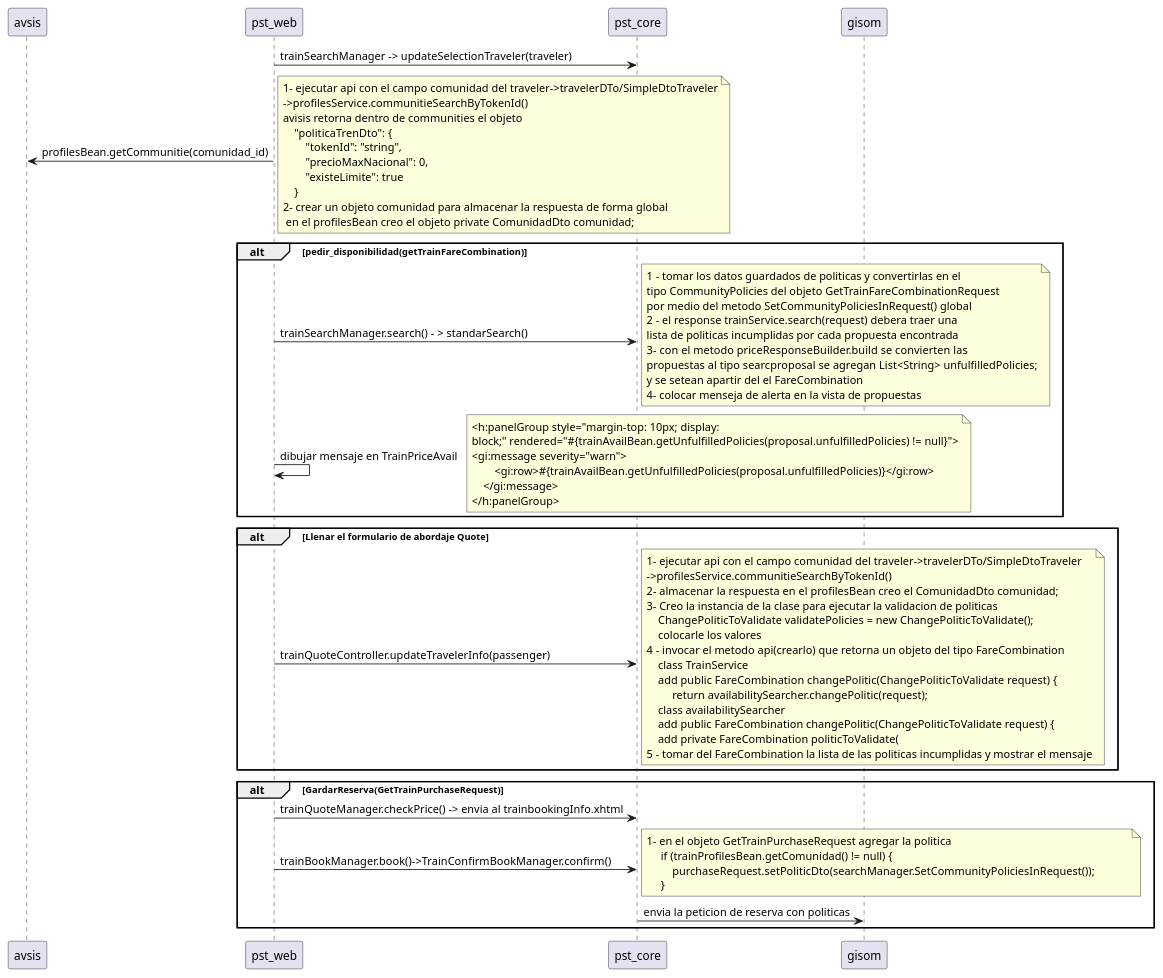
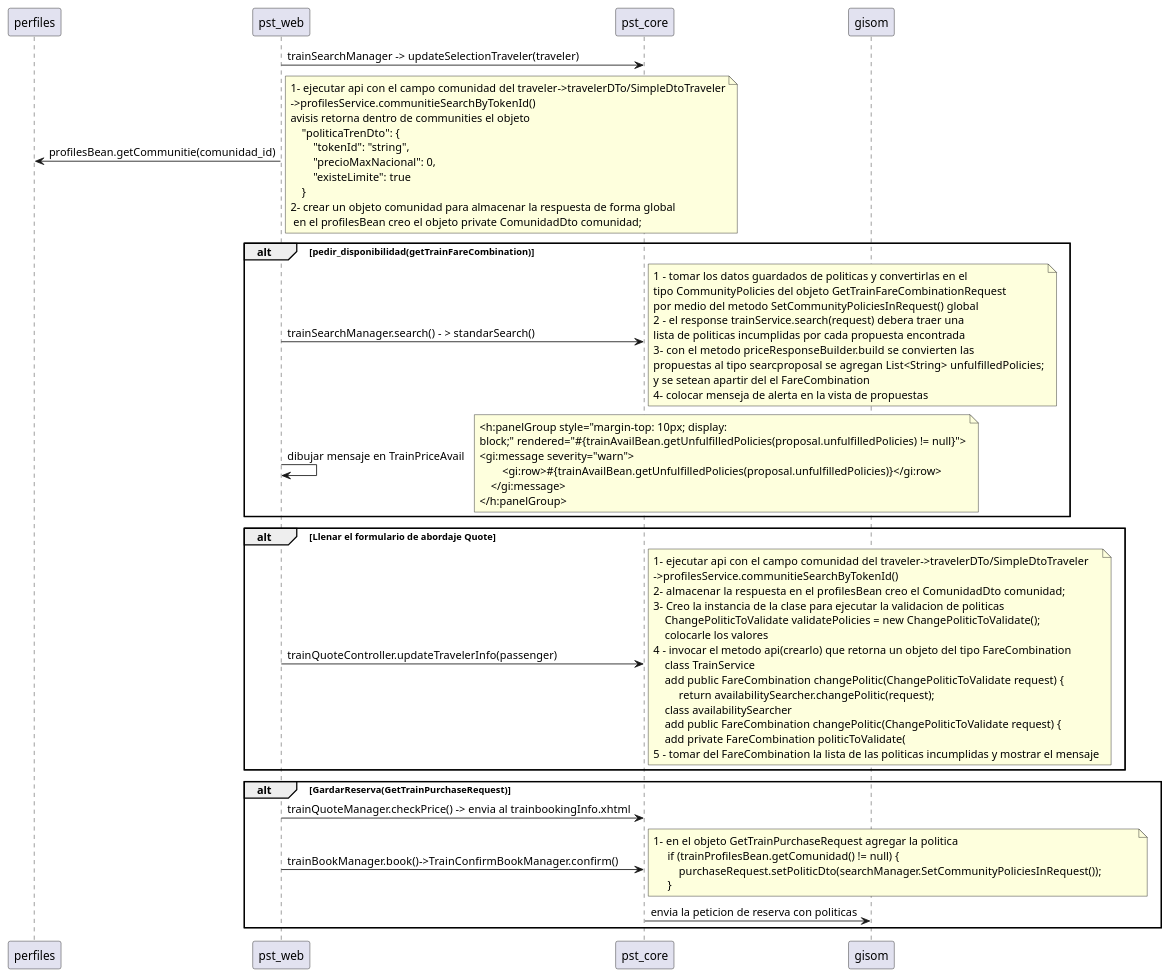
The diagram in GISOM2/PST_POLITICASeVALUACION.wsd (Wilber1987/UML_IRIS), drawn with PlantUML before and after one commit. The commit also changed 3 other files, not shown here.

```diff
--- a/GISOM2/PST_POLITICASeVALUACION.wsd
+++ b/GISOM2/PST_POLITICASeVALUACION.wsd
@@ -1,73 +1,73 @@
 @startuml evaluacion_politicas
-participant avsis
+participant perfiles
 participant pst_web
 participant pst_core
 participant gisom
 pst_web -> pst_core: trainSearchManager -> updateSelectionTraveler(traveler)
-pst_web -> avsis: profilesBean.getCommunitie(comunidad_id)
+pst_web -> perfiles: profilesBean.getCommunitie(comunidad_id)
 note right
 1- ejecutar api con el campo comunidad del traveler->travelerDTo/SimpleDtoTraveler
 ->profilesService.communitieSearchByTokenId()
 avisis retorna dentro de communities el objeto 
     "politicaTrenDto": {
         "tokenId": "string",
         "precioMaxNacional": 0,
         "existeLimite": true
     }
 2- crear un objeto comunidad para almacenar la respuesta de forma global
  en el profilesBean creo el objeto private ComunidadDto comunidad;
 end note
 alt pedir_disponibilidad(getTrainFareCombination)
   pst_web -> pst_core: trainSearchManager.search() - > standarSearch()
     note right
     1 - tomar los datos guardados de politicas y convertirlas en el 
     tipo CommunityPolicies del objeto GetTrainFareCombinationRequest 
     por medio del metodo SetCommunityPoliciesInRequest() global 
     2 - el response trainService.search(request) debera traer una 
     lista de politicas incumplidas por cada propuesta encontrada 
     3- con el metodo  priceResponseBuilder.build se convierten las
     propuestas al tipo searcproposal se agregan  List<String> unfulfilledPolicies;
     y se setean apartir del el FareCombination
     4- colocar menseja de alerta en la vista de propuestas
     end note
 pst_web -> pst_web: dibujar mensaje en TrainPriceAvail
     note right
     <h:panelGroup style="margin-top: 10px; display:
     block;" rendered="#{trainAvailBean.getUnfulfilledPolicies(proposal.unfulfilledPolicies) != null}">
     <gi:message severity="warn">
             <gi:row>#{trainAvailBean.getUnfulfilledPolicies(proposal.unfulfilledPolicies)}</gi:row>
         </gi:message>
     </h:panelGroup>
     end note
 end
 alt Llenar el formulario de abordaje Quote
 pst_web -> pst_core: trainQuoteController.updateTravelerInfo(passenger)
     note right
         1- ejecutar api con el campo comunidad del traveler->travelerDTo/SimpleDtoTraveler
         ->profilesService.communitieSearchByTokenId()
         2- almacenar la respuesta  en el profilesBean creo el ComunidadDto comunidad;
         3- Creo la instancia de la clase para ejecutar la validacion de politicas
             ChangePoliticToValidate validatePolicies = new ChangePoliticToValidate();
             colocarle los valores
         4 - invocar el metodo api(crearlo) que retorna un objeto del tipo FareCombination
             class TrainService 
             add  public FareCombination changePolitic(ChangePoliticToValidate request) {
                  return availabilitySearcher.changePolitic(request);
             class availabilitySearcher 
             add public FareCombination changePolitic(ChangePoliticToValidate request) {
             add private FareCombination politicToValidate(   
         5 - tomar del FareCombination la lista de las politicas incumplidas y mostrar el mensaje
     end note
 end
 alt GardarReserva(GetTrainPurchaseRequest)
     pst_web -> pst_core: trainQuoteManager.checkPrice() -> envia al trainbookingInfo.xhtml
     pst_web -> pst_core: trainBookManager.book()->TrainConfirmBookManager.confirm()
     note right
        1- en el objeto GetTrainPurchaseRequest agregar la politica
             if (trainProfilesBean.getComunidad() != null) {
                 purchaseRequest.setPoliticDto(searchManager.SetCommunityPoliciesInRequest());            
             }
     end note
     pst_core -> gisom: envia la peticion de reserva con politicas
 end
 @enduml
```
